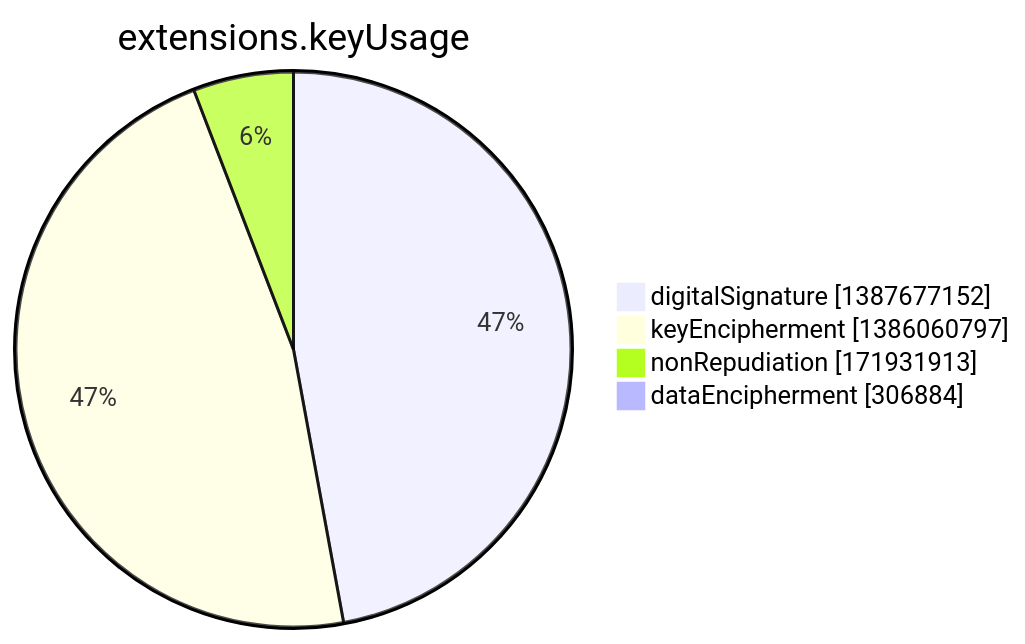
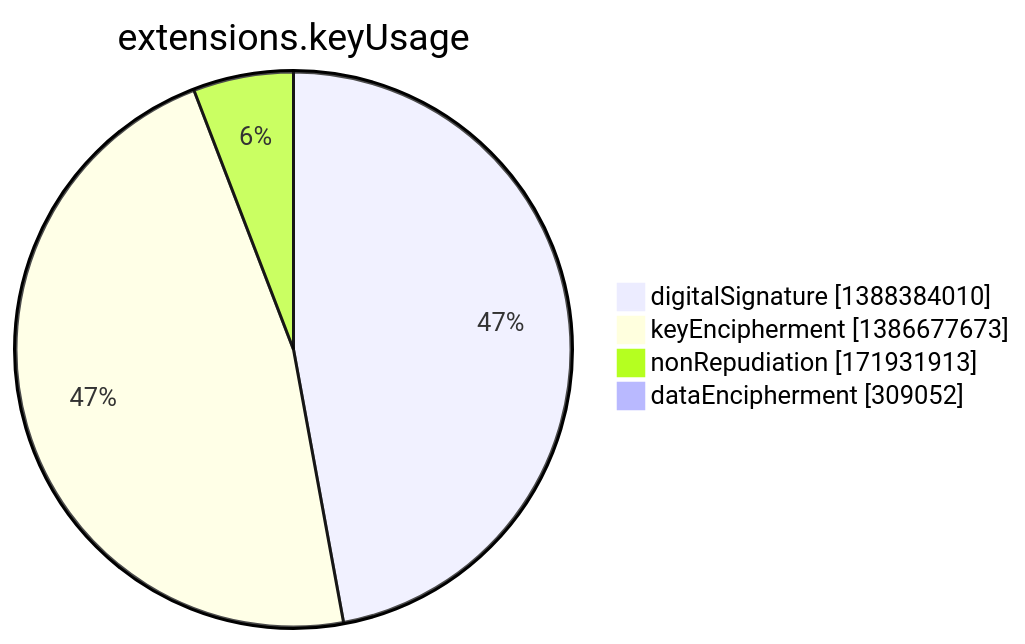
One commit to christiankrug/ctmonitor_visualization changed the seventh of 15 diagrams in argon2022/README.md. Above: the diagram before and after it, drawn with Mermaid. The commit also changed other lines of this file, not shown here.

````diff
--- a/argon2022/README.md
+++ b/argon2022/README.md
@@ -2751,8 +2751,8 @@
 ```mermaid
 pie showData
 title extensions.keyUsage
-"digitalSignature" :1387677152
-"keyEncipherment" :1386060797
+"digitalSignature" :1388384010
+"keyEncipherment" :1386677673
 "nonRepudiation" :171931913
-"dataEncipherment" :306884
+"dataEncipherment" :309052
 ```
````
